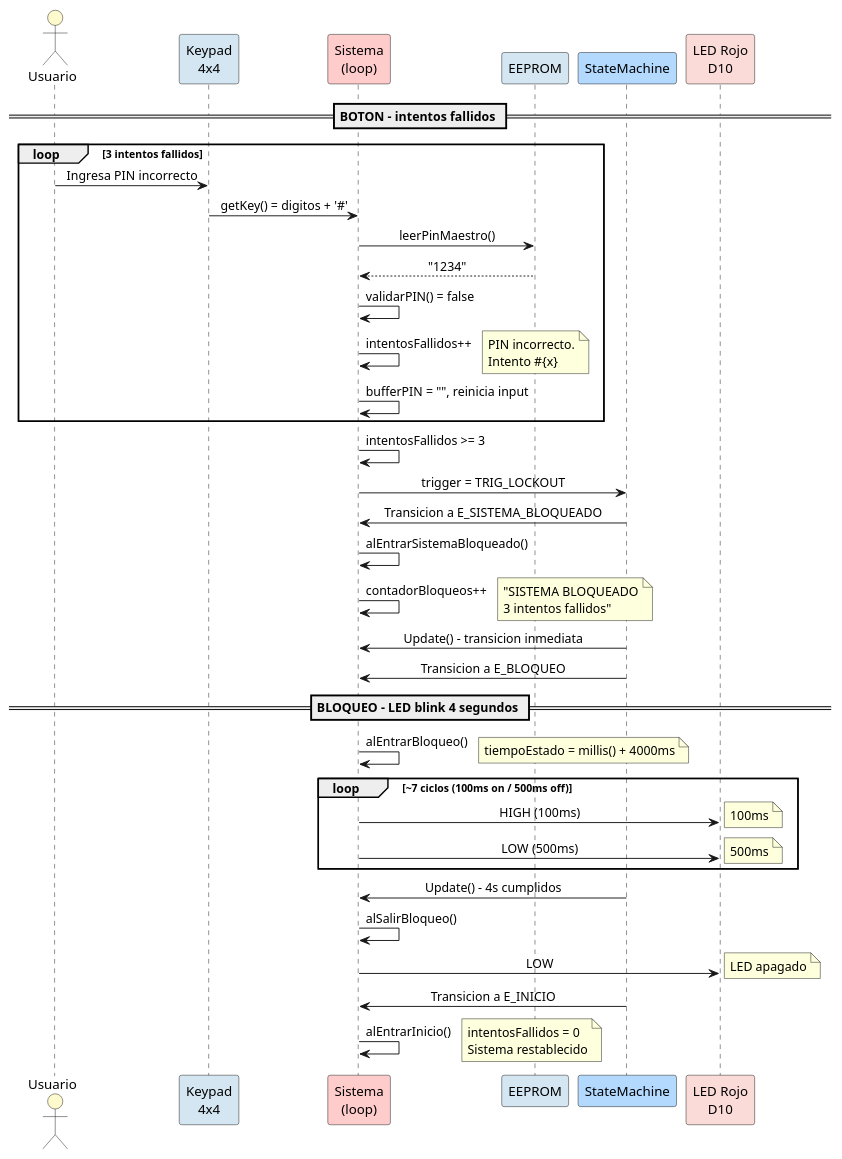
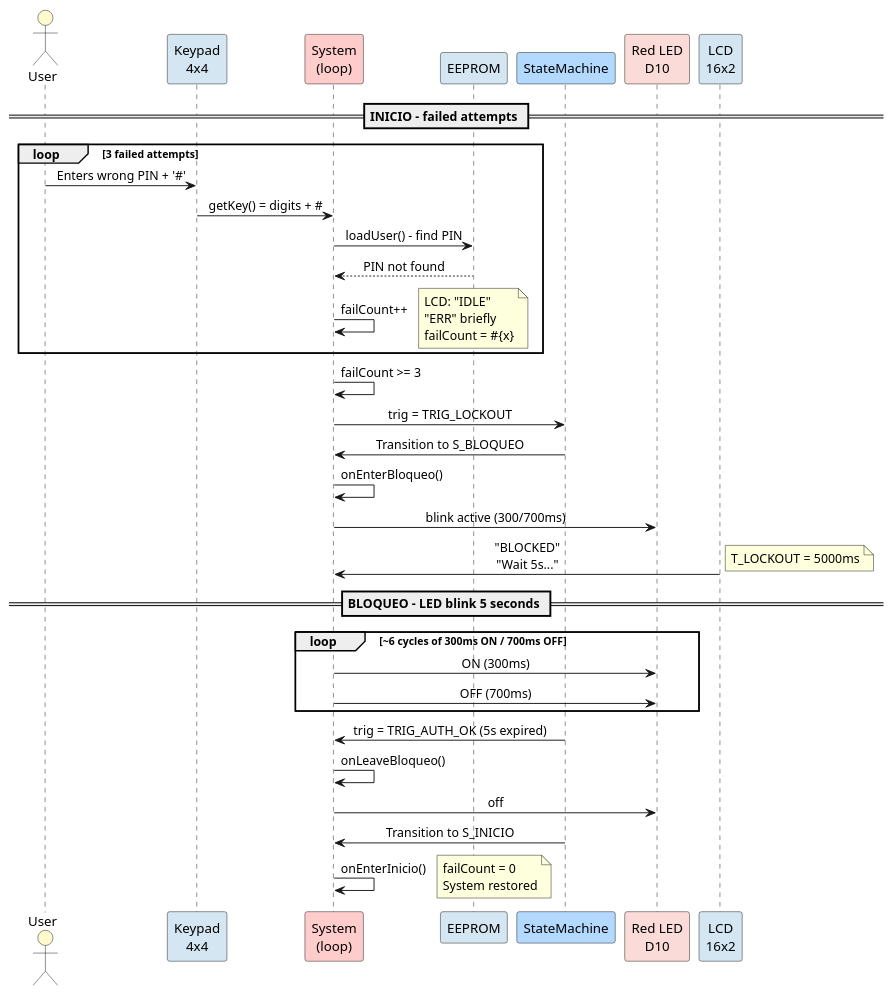
One commit to FernandoMulato/Final-Arduino-Project changed the diagram in docs/UML/secuencia-bloqueo.puml. Above: the diagram before and after it, drawn with PlantUML. The commit also changed 14 other files, not shown here.

```diff
--- a/docs/UML/secuencia-bloqueo.puml
+++ b/docs/UML/secuencia-bloqueo.puml
@@ -1,62 +1,51 @@
 @startuml BloqueoIntentos
 ' ====================================================================
-' Diagrama de secuencia - Bloqueo por 3 intentos fallidos
-' PIN incorrecto x3 -> SISTEMA_BLOQUEADO -> BLOQUEO 4s -> reposo
+' Sequence diagram - Block after 3 failed attempts
+' PIN incorrect x3 -> BLOQUEO 5s (LED 300/700ms) -> INICIO
 ' ====================================================================
 
 skinparam backgroundColor white
 skinparam defaultFontName SansSerif
 skinparam sequenceMessageAlign center
 
-actor "Usuario" as USR #FFFACD
-participant "Keypad\n4x4" as TEC #D4E6F1
-participant "Sistema\n(loop)" as SYS #FFCCCC
+actor "User" as USR #FFFACD
+participant "Keypad\n4x4" as KPD #D4E6F1
+participant "System\n(loop)" as SYS #FFCCCC
 participant "EEPROM" as EEP #D4E6F1
 participant "StateMachine" as FSM #B3D9FF
-participant "LED Rojo\nD10" as LEDR #FADBD8
+participant "Red LED\nD10" as LED #FADBD8
+participant "LCD\n16x2" as LCD #D4E6F1
 
-== BOTON - intentos fallidos ==
+== INICIO - failed attempts ==
 
-loop 3 intentos fallidos
-  USR -> TEC: Ingresa PIN incorrecto
-  TEC -> SYS: getKey() = digitos + '#'
-  SYS -> EEP: leerPinMaestro()
-  EEP --> SYS: "1234"
-  SYS -> SYS: validarPIN() = false
-  SYS -> SYS: intentosFallidos++
-  note right: PIN incorrecto.\nIntento #{x}
-  SYS -> SYS: bufferPIN = "", reinicia input
+loop 3 failed attempts
+  USR -> KPD: Enters wrong PIN + '#'
+  KPD -> SYS: getKey() = digits + #
+  SYS -> EEP: loadUser() - find PIN
+  EEP --> SYS: PIN not found
+  SYS -> SYS: failCount++
+  note right: LCD: "IDLE"\n"ERR" briefly\nfailCount = #{x}
 end
 
-SYS -> SYS: intentosFallidos >= 3
-SYS -> FSM: trigger = TRIG_LOCKOUT
+SYS -> SYS: failCount >= 3
+SYS -> FSM: trig = TRIG_LOCKOUT
+FSM -> SYS: Transition to S_BLOQUEO
+SYS -> SYS: onEnterBloqueo()
+SYS -> LED: blink active (300/700ms)
+LCD -> SYS: "BLOCKED"\n"Wait 5s..."
 
-FSM -> SYS: Transicion a E_SISTEMA_BLOQUEADO
-SYS -> SYS: alEntrarSistemaBloqueado()
-SYS -> SYS: contadorBloqueos++
-note right: "SISTEMA BLOQUEADO\n3 intentos fallidos"
-
-FSM -> SYS: Update() - transicion inmediata
-FSM -> SYS: Transicion a E_BLOQUEO
-
-== BLOQUEO - LED blink 4 segundos ==
-SYS -> SYS: alEntrarBloqueo()
-note right: tiempoEstado = millis() + 4000ms
-
-loop ~7 ciclos (100ms on / 500ms off)
-  SYS -> LEDR: HIGH (100ms)
-  note right: 100ms
-  SYS -> LEDR: LOW (500ms)
-  note right: 500ms
+== BLOQUEO - LED blink 5 seconds ==
+note right: T_LOCKOUT = 5000ms
+loop ~6 cycles of 300ms ON / 700ms OFF
+  SYS -> LED: ON (300ms)
+  SYS -> LED: OFF (700ms)
 end
 
-FSM -> SYS: Update() - 4s cumplidos
-SYS -> SYS: alSalirBloqueo()
-SYS -> LEDR: LOW
-note right: LED apagado
-
-FSM -> SYS: Transicion a E_INICIO
-SYS -> SYS: alEntrarInicio()
-note right: intentosFallidos = 0\nSistema restablecido
+FSM -> SYS: trig = TRIG_AUTH_OK (5s expired)
+SYS -> SYS: onLeaveBloqueo()
+SYS -> LED: off
+FSM -> SYS: Transition to S_INICIO
+SYS -> SYS: onEnterInicio()
+note right: failCount = 0\nSystem restored
 
 @enduml
```
